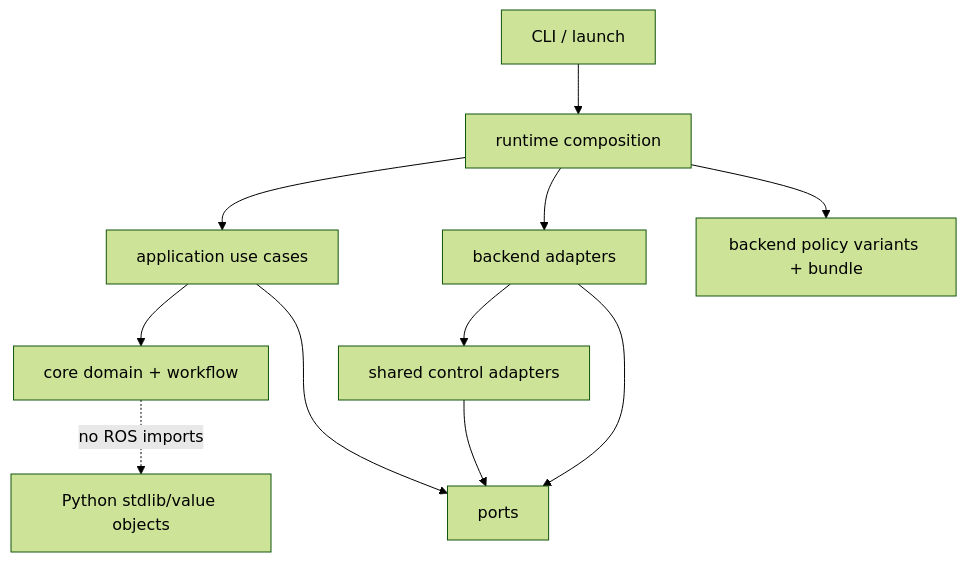
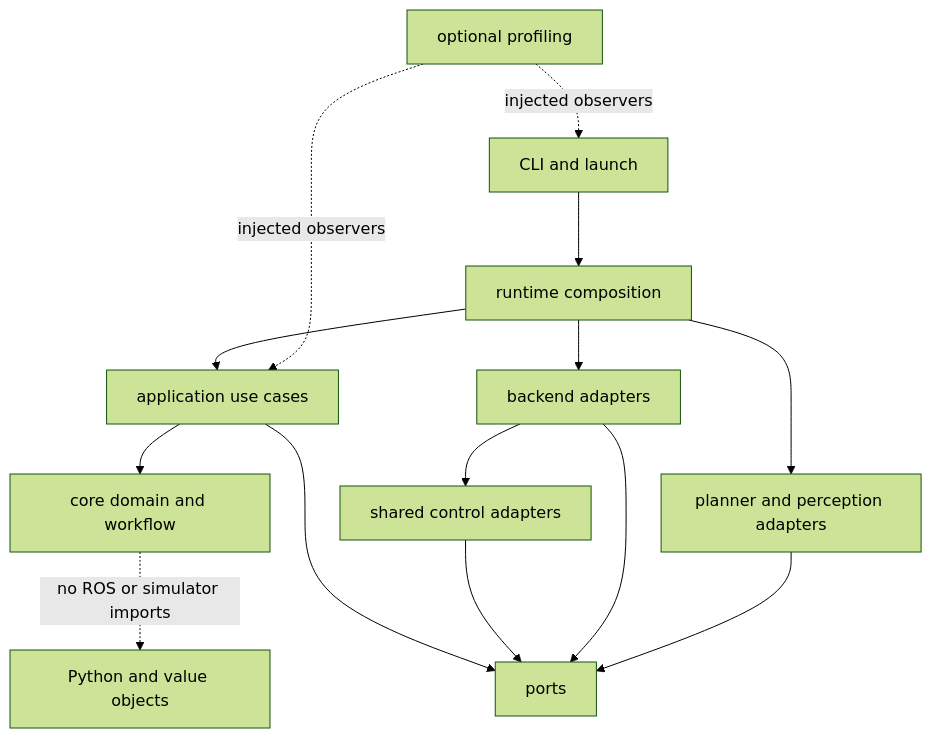
The first of 3 diagrams in docs/pick-place-python-architecture.md (terryma2024/ros-moveit-demo), drawn with Mermaid (forest theme) before and after one commit. The commit also changed other lines of this file and 1 other file, not shown here.

First line of the commit message:
Refactor documentation for SO-101 Python pick-place architecture

````diff
--- a/docs/pick-place-python-architecture.md
+++ b/docs/pick-place-python-architecture.md
@@ -32,13 +50,16 @@
 ```mermaid
 flowchart TB
-  CLI["CLI / launch"] --> RT["runtime composition"]
+  ENTRY["CLI and launch"] --> RT["runtime composition"]
   RT --> APP["application use cases"]
   RT --> BE["backend adapters"]
-  APP --> CORE["core domain + workflow"]
+  RT --> PER["planner and perception adapters"]
+  APP --> CORE["core domain and workflow"]
   APP --> PORTS["ports"]
   CTRL["shared control adapters"] --> PORTS
   BE --> PORTS
   BE --> CTRL
-  RT --> POLICY["backend policy variants + bundle"]
-  CORE -. "no ROS imports" .-> PURE["Python stdlib/value objects"]
+  PER --> PORTS
+  PROF["optional profiling"] -. "injected observers" .-> ENTRY
+  PROF -. "injected observers" .-> APP
+  CORE -. "no ROS or simulator imports" .-> PURE["Python and value objects"]
 ```
````
